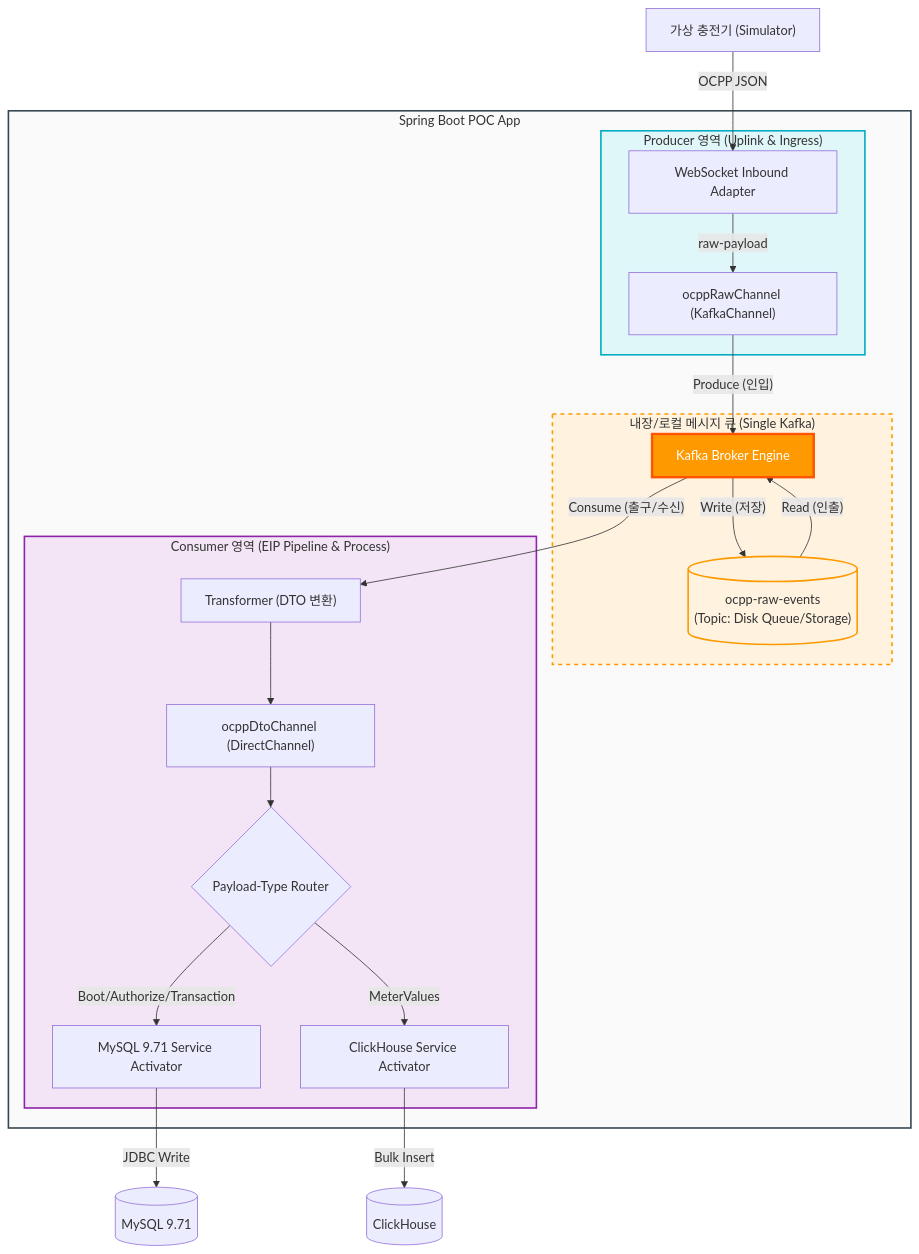
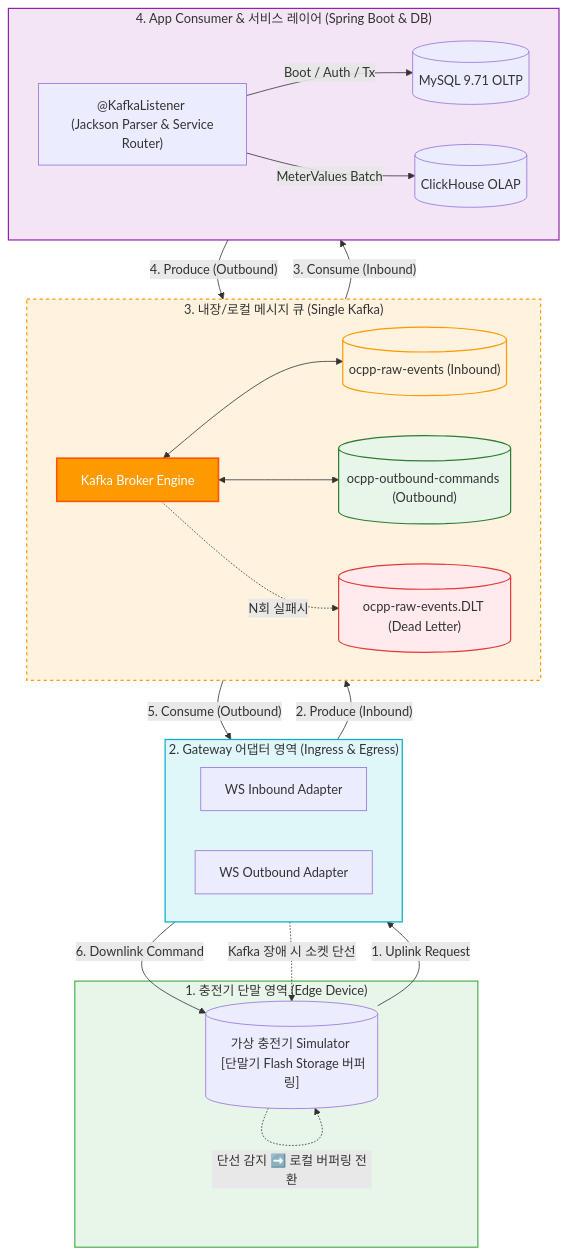
One commit to h2y-hyhong2/h2y-ocpp changed the second of 2 diagrams in doc/01.standard_solution/05.poc.md. Above: the diagram before and after it, drawn with Mermaid. The commit also changed other lines of this file and 1 other file, not shown here.

````diff
--- a/doc/01.standard_solution/05.poc.md
+++ b/doc/01.standard_solution/05.poc.md
@@ -229,40 +233,58 @@
 ```mermaid
 flowchart TD
-    CP["가상 충전기 (Simulator)"] -->|OCPP JSON| WS
-
-    subgraph SpringBoot ["Spring Boot POC App"]
-        subgraph Producer_Zone ["Producer 영역 (Uplink & Ingress)"]
-            WS["WebSocket Inbound Adapter"] -->|raw-payload| KafkaChannel["ocppRawChannel (KafkaChannel)"]
-        end
-
-        subgraph Queue_Zone ["내장/로컬 메시지 큐 (Single Kafka)"]
-            Broker["Kafka Broker Engine"]
-            Topic[("ocpp-raw-events <br> (Topic: Disk Queue/Storage)")]
-            Broker -->|"Write (저장)"| Topic
-            Topic -->|"Read (인출)"| Broker
-        end
-
-        subgraph Consumer_Zone ["Consumer 영역 (EIP Pipeline & Process)"]
-            Trans["Transformer (DTO 변환)"] --> DtoCh["ocppDtoChannel (DirectChannel)"]
-            DtoCh --> Router{"Payload-Type Router"}
-            Router -->|Boot/Authorize/Transaction| PG_Act["MySQL 9.71 Service Activator"]
-            Router -->|MeterValues| CH_Act["ClickHouse Service Activator"]
-        end
+    subgraph Zone1 ["1. 충전기 단말 영역 (Edge Device)"]
+        CP[("가상 충전기 Simulator <br> [단말기 Flash Storage 버퍼링]")]
     end
 
-    PG_Act -->|JDBC Write| PG[(MySQL 9.71)]
-    CH_Act -->|Bulk Insert| CH[(ClickHouse)]
+    subgraph Zone2 ["2. Gateway 어댑터 영역 (Ingress & Egress)"]
+        direction LR
+        WS_In["WS Inbound Adapter"]
+        WS_Out["WS Outbound Adapter"]
+    end
 
-    %% 연결 관계 (Producer -> Queue -> Consumer)
-    KafkaChannel -->|"Produce (인입)"| Broker
-    Broker -->|"Consume (출구/수신)"| Trans
+    subgraph Zone3 ["3. 내장/로컬 메시지 큐 (Single Kafka)"]
+        direction LR
+        Broker["Kafka Broker Engine"]
+        Topic_In[("ocpp-raw-events (Inbound)")]
+        Topic_Out[("ocpp-outbound-commands (Outbound)")]
+        DLT[("ocpp-raw-events.DLT (Dead Letter)")]
 
-    %% 영역별 강조 스타일링
-    style Broker fill:#ff9900,stroke:#ff5500,stroke-width:3px,color:#fff
-    style Topic fill:#fff3e0,stroke:#ff9900,stroke-width:2px
-    style Queue_Zone fill:#fff3e0,stroke:#ff9900,stroke-width:2px,stroke-dasharray: 5 5
-    
-    style SpringBoot fill:#fafafa,stroke:#37474f,stroke-width:2px
-    style Producer_Zone fill:#e0f7fa,stroke:#00acc1,stroke-width:2px
-    style Consumer_Zone fill:#f3e5f5,stroke:#8e24aa,stroke-width:2px
+        Broker <--> Topic_In
+        Broker <--> Topic_Out
+        Broker -.->|N회 실패시| DLT
+    end
+
+    subgraph Zone4 ["4. App Consumer & 서비스 레이어 (Spring Boot & DB)"]
+        direction LR
+        Trans["@KafkaListener <br> (Jackson Parser & Service Router)"]
+        PG[(MySQL 9.71 OLTP)]
+        CH[(ClickHouse OLAP)]
+
+        Trans -->|Boot / Auth / Tx| PG
+        Trans -->|MeterValues Batch| CH
+    end
+
+    %% 데이터 흐름 (Top-Left Charger -> Gateway -> Kafka -> Consumer/DB)
+    CP -->|"1. Uplink Request"| WS_In
+    WS_In -->|"2. Produce (Inbound)"| Broker
+    Broker -->|"3. Consume (Inbound)"| Trans
+
+    Trans -->|"4. Produce (Outbound)"| Broker
+    Broker -->|"5. Consume (Outbound)"| WS_Out
+    WS_Out -->|"6. Downlink Command"| CP
+
+    %% 장애 처리 (Kafka Failover)
+    WS_In -.->|"Kafka 장애 시 소켓 단선"| CP
+    CP -.->|"단선 감지 ➡️ 로컬 버퍼링 전환"| CP
+
+    %% 스타일링
+    style Zone1 fill:#e8f5e9,stroke:#4caf50,stroke-width:1.5px
+    style Zone2 fill:#e0f7fa,stroke:#00acc1,stroke-width:1.5px
+    style Zone3 fill:#fff3e0,stroke:#ff9900,stroke-width:1.5px,stroke-dasharray: 4 4
+    style Zone4 fill:#f3e5f5,stroke:#8e24aa,stroke-width:1.5px
+
+    style Broker fill:#ff9900,stroke:#ff5500,stroke-width:2px,color:#fff
+    style Topic_In fill:#fff3e0,stroke:#ff9900,stroke-width:1.5px
+    style Topic_Out fill:#e8f5e9,stroke:#2e7d32,stroke-width:1.5px
+    style DLT fill:#ffebee,stroke:#e53935,stroke-width:1.5px
 ```
````
